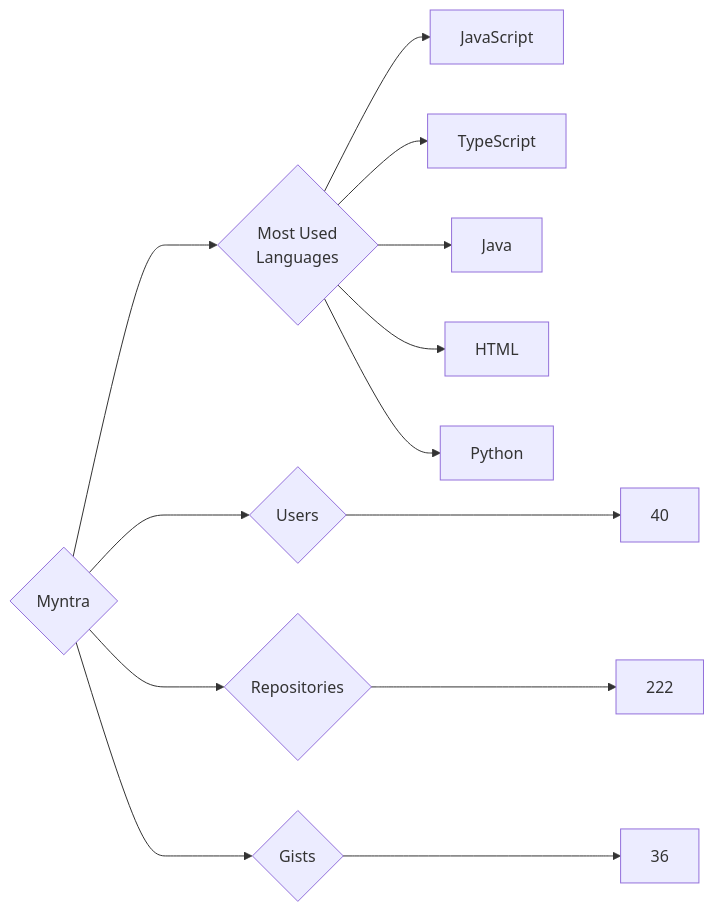
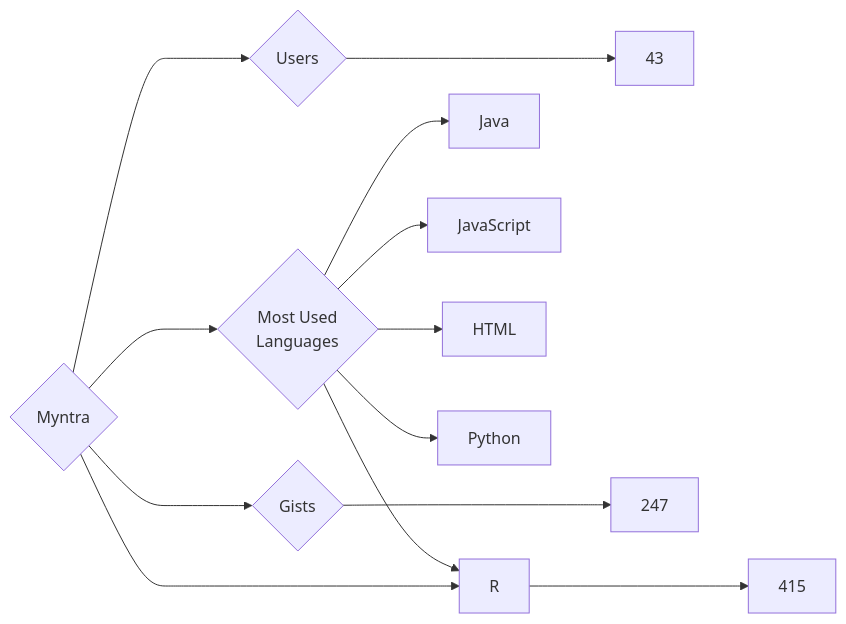
Before and after one commit to trickest/insiders: the diagram in targets/Myntra/README.md, drawn with Mermaid. The commit also changed 835 other files, not shown here.

````diff
--- a/targets/Myntra/README.md
+++ b/targets/Myntra/README.md
@@ -3,13 +3,13 @@
 ```mermaid
 graph LR
 COMPANY_NAME{Myntra}
-COMPANY_NAME ---> U{Users} ---> UN[40]
-COMPANY_NAME ---> R{Repositories} ---> RN[222]
-COMPANY_NAME ---> G{Gists} ---> GN[36]
+COMPANY_NAME ---> U{Users} ---> UN[43]
+COMPANY_NAME ---> R{Repositories} ---> RN[415]
+COMPANY_NAME ---> G{Gists} ---> GN[247]
 COMPANY_NAME ---> ML{Most Used<br>Languages}
+ML --> Java[Java]
 ML --> JavaScript[JavaScript]
-ML --> TypeScript[TypeScript]
-ML --> Java[Java]
 ML --> HTML[HTML]
+ML --> R[R]
 ML --> Python[Python]
 ```
````
